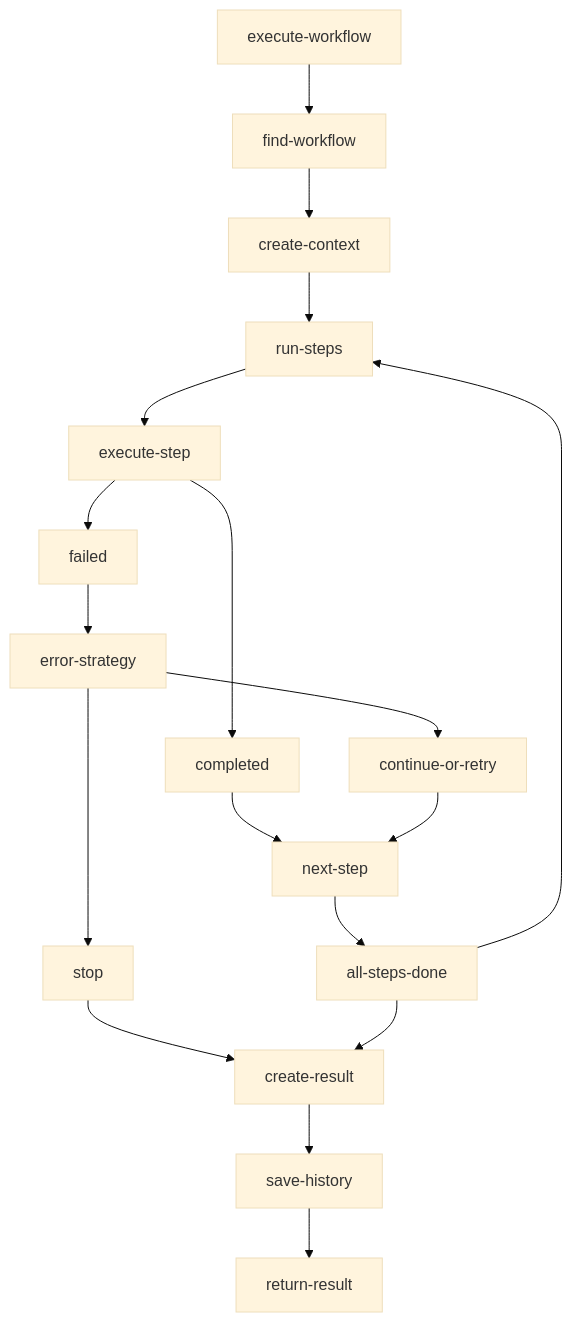
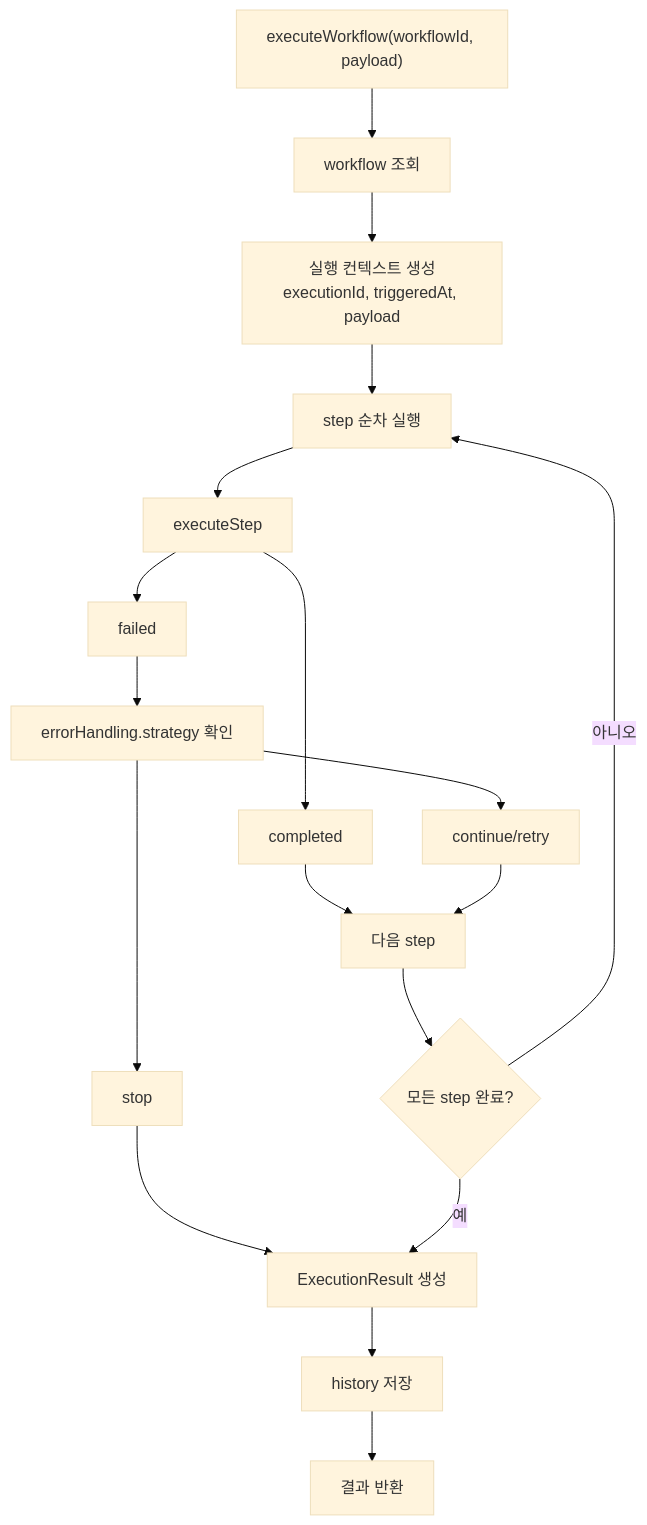
The sixth of 8 diagrams in 프로그램 흐름도.md (pandol69kim-bot/gitautopipe), drawn with Mermaid (base theme) before and after one commit. The commit also changed other lines of this file and 5 other files, not shown here.

Commit message:
feat: Add new diagrams and update existing documentation for improved clarity and Mermaid compatibility

````diff
--- a/프로그램 흐름도.md
+++ b/프로그램 흐름도.md
@@ -164,35 +128,23 @@
 ```mermaid
-graph TD
-Execute[execute-workflow]
-Find[find-workflow]
-Context[create-context]
-Loop[run-steps]
-Step[execute-step]
-Success[completed]
-Failure[failed]
-Policy[error-strategy]
-Continue[continue-or-retry]
-Stop[stop]
-Next[next-step]
-Check[all-steps-done]
-Result[create-result]
-History[save-history]
-Return[return-result]
-Execute --> Find
-Find --> Context
-Context --> Loop
-Loop --> Step
-Step --> Success
-Step --> Failure
-Failure --> Policy
-Policy --> Continue
-Policy --> Stop
-Success --> Next
-Continue --> Next
-Stop --> Result
-Next --> Check
-Check --> Loop
-Check --> Result
-Result --> History
-History --> Return
+flowchart TB
+  Execute["executeWorkflow(workflowId, payload)"] --> Find["workflow 조회"]
+  Find --> Context["실행 컨텍스트 생성<br/>executionId, triggeredAt, payload"]
+  Context --> Loop["step 순차 실행"]
+
+  Loop --> Step["executeStep"]
+  Step --> Success["completed"]
+  Step --> Failure["failed"]
+
+  Failure --> Policy["errorHandling.strategy 확인"]
+  Policy --> Continue["continue/retry"]
+  Policy --> Stop["stop"]
+
+  Success --> Next["다음 step"]
+  Continue --> Next
+  Stop --> Result["ExecutionResult 생성"]
+  Next --> DoneCheck{"모든 step 완료?"}
+  DoneCheck -->|아니오| Loop
+  DoneCheck -->|예| Result
+  Result --> History["history 저장"]
+  History --> Return["결과 반환"]
 ```
````
